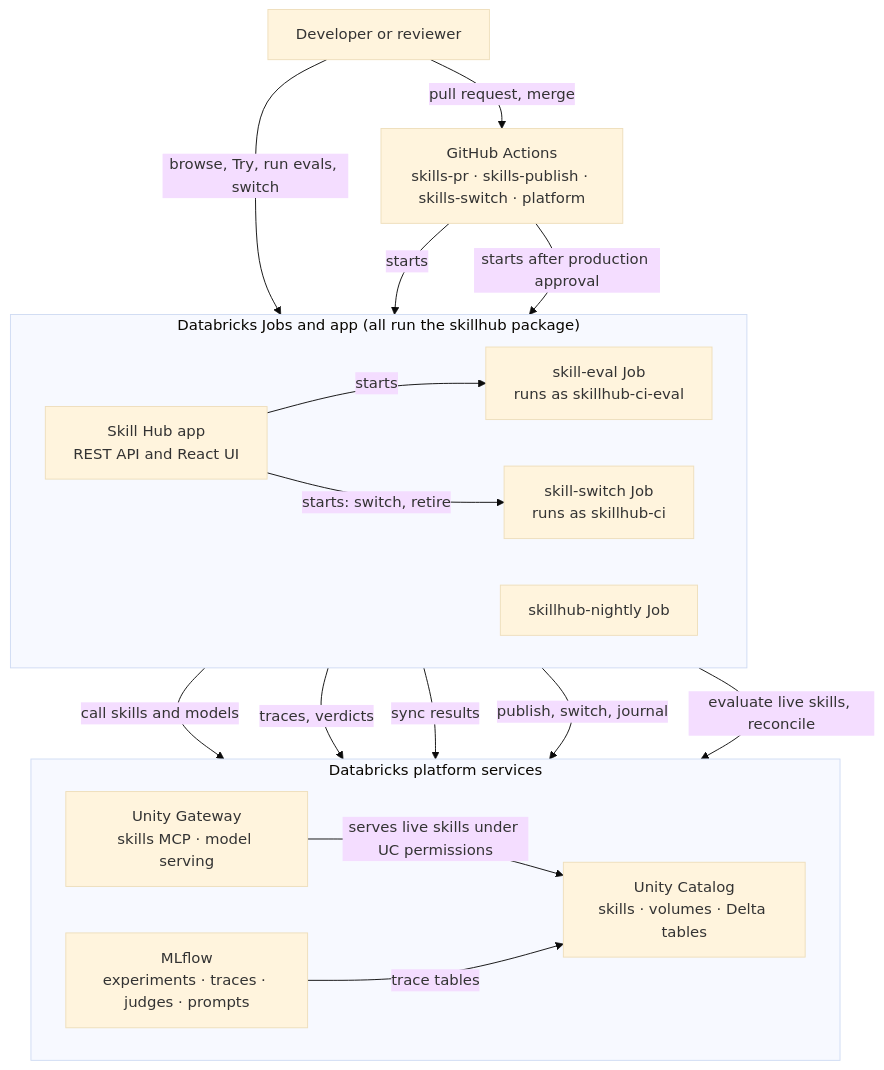
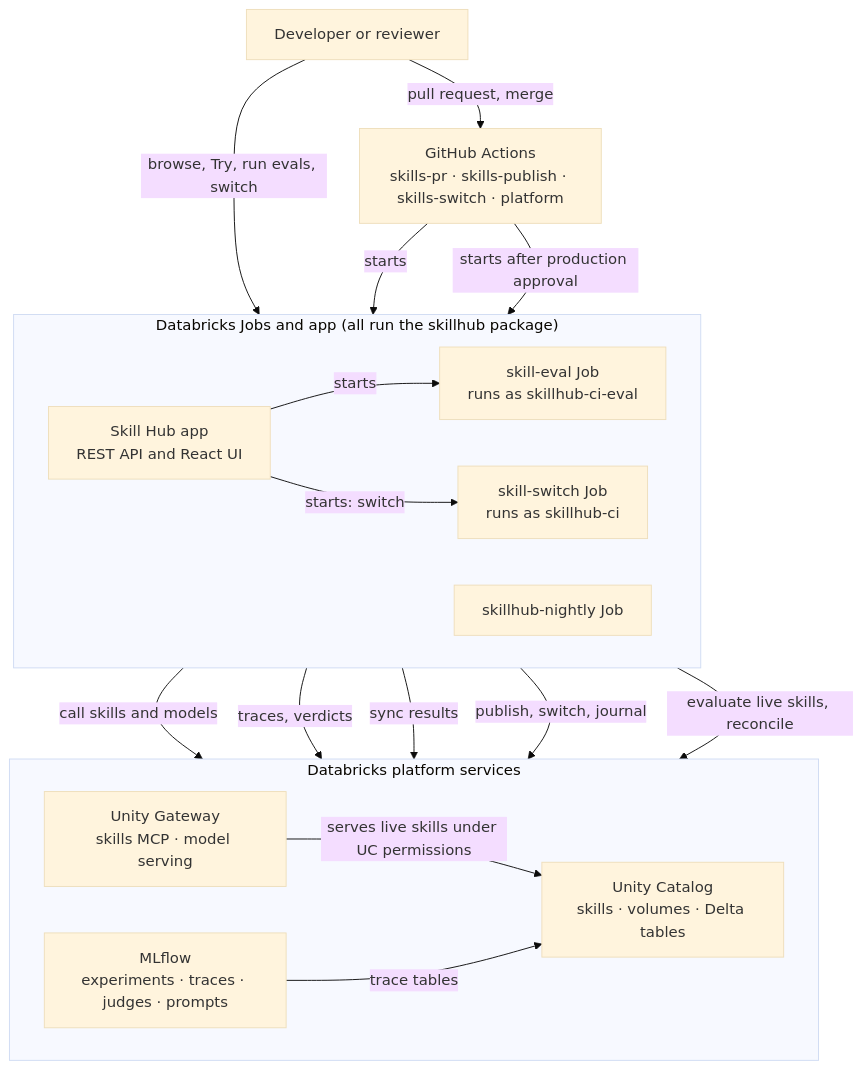
Before and after one commit to manganganath/agent-skill-eval-on-databricks: the third of 3 diagrams in docs/architecture.md, drawn with Mermaid (base theme). The commit also changed other lines of this file and 1 other file, not shown here.

First line of the commit message:
docs: match architecture and onboarding to the code

````diff
--- a/docs/architecture.md
+++ b/docs/architecture.md
@@ -92,31 +92,31 @@
 ```mermaid
 flowchart TB
   dev["Developer or reviewer"]
   gh["GitHub Actions<br/>skills-pr · skills-publish · skills-switch · platform"]
   subgraph dbx["Databricks Jobs and app (all run the skillhub package)"]
     direction LR
     jeval["skill-eval Job<br/>runs as skillhub-ci-eval"]
     jswitch["skill-switch Job<br/>runs as skillhub-ci"]
     jnight["skillhub-nightly Job"]
     app["Skill Hub app<br/>REST API and React UI"]
   end
   subgraph plat["Databricks platform services"]
     direction LR
     ug["Unity Gateway<br/>skills MCP · model serving"]
     ml["MLflow<br/>experiments · traces · judges · prompts"]
     uc["Unity Catalog<br/>skills · volumes · Delta tables"]
   end
   dev -->|"pull request, merge"| gh
   dev -->|"browse, Try, run evals, switch"| app
   gh -->|"starts"| jeval
   gh -->|"starts after production approval"| jswitch
   app -->|"starts"| jeval
-  app -->|"starts: switch, retire"| jswitch
+  app -->|"starts: switch"| jswitch
   jeval -->|"call skills and models"| ug
   jeval -->|"traces, verdicts"| ml
   jeval -->|"sync results"| uc
   jswitch -->|"publish, switch, journal"| uc
   jnight -->|"evaluate live skills, reconcile"| uc
   ug -->|"serves live skills under UC permissions"| uc
   ml -->|"trace tables"| uc
 ```
````
